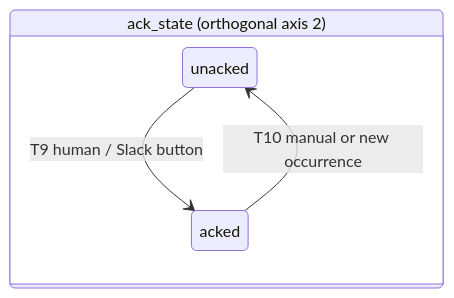
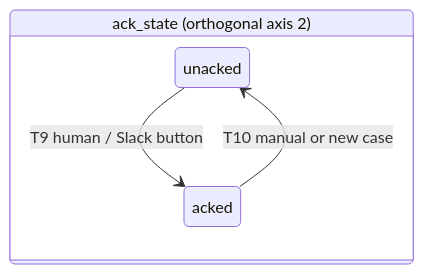
One commit to thulasi-ram/oto changed the second of 3 diagrams in docs/design/SPEC.md. Above: the diagram before and after it, drawn with Mermaid. The commit also changed other lines of this file and 321 other files, not shown here.

````diff
--- a/docs/design/SPEC.md
+++ b/docs/design/SPEC.md
@@ -253,8 +253,8 @@
 ```mermaid
 stateDiagram-v2
     direction LR
     state "ack_state (orthogonal axis 2)" as A {
         unacked --> acked : T9 human / Slack button
-        acked --> unacked : T10 manual or new occurrence
+        acked --> unacked : T10 manual or new case
     }
 ```
````
